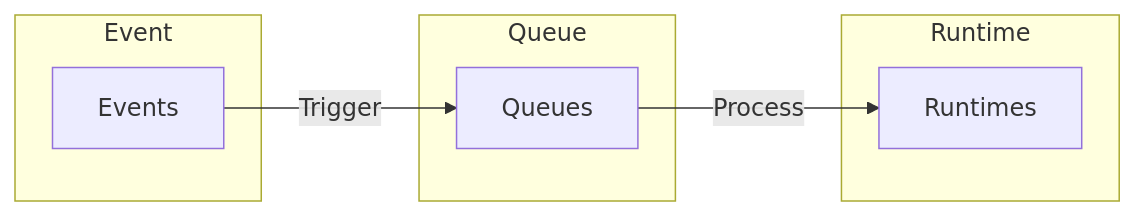
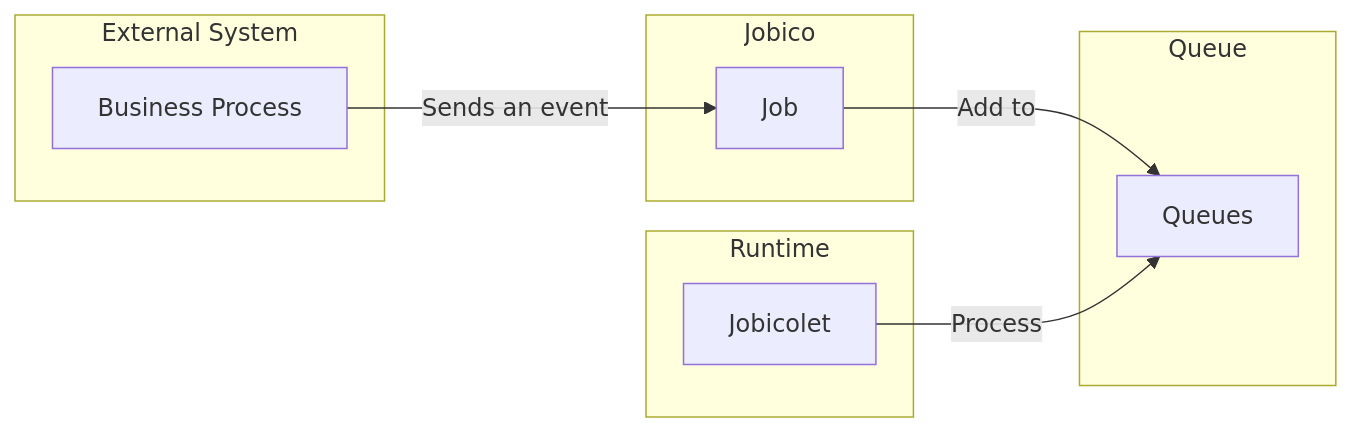
The second of 2 diagrams in Guide.MD (andrescosta/jobico-fn), drawn with Mermaid before and after one commit. The commit also changed other lines of this file, not shown here.

Commit message:
docs refactors

````diff
--- a/Guide.MD
+++ b/Guide.MD
@@ -20,15 +20,19 @@
 ```mermaid
 
 graph LR;
-    subgraph Event
-        A[Events]
+    subgraph External System
+        A[Business Process]
+    end
+    subgraph Jobico
+        B[Job]
     end
     subgraph Queue
-        B[Queues]
+        C[Queues]
     end
     subgraph Runtime
-        C[Runtimes]
+        D[Jobicolet]
     end
-    A -->|Trigger| B
-    B -->|Process| C
+    A -->|Sends an event|B
+    B -->|Add to| C
+    D -->|Process| C
 ```
````
